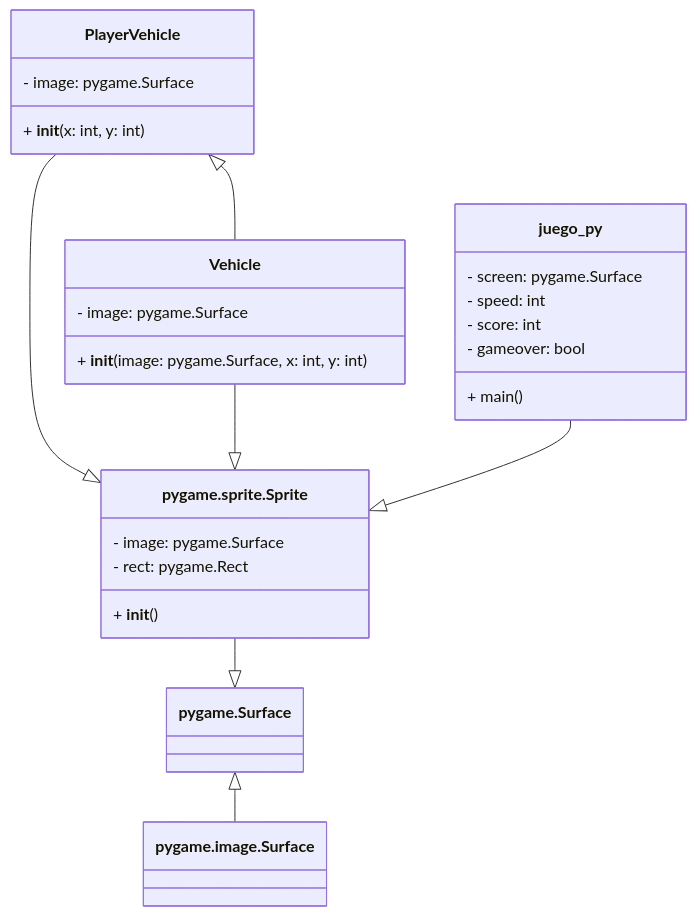
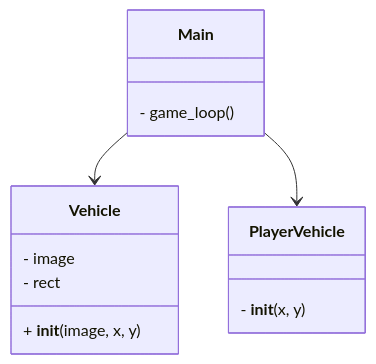
One commit to jony24a/python-car-game-main changed the second of 4 diagrams in README.md. Above: the diagram before and after it, drawn with Mermaid.

````diff
--- a/README.md
+++ b/README.md
@@ -33,32 +33,19 @@
 ```mermaid
 classDiagram
+    class Vehicle {
+        - image
+        - rect
+        + __init__(image, x, y)
+    }
     class PlayerVehicle {
-        - image: pygame.Surface
-        + __init__(x: int, y: int)
+        - __init__(x, y)
     }
-    class Vehicle {
-        - image: pygame.Surface
-        + __init__(image: pygame.Surface, x: int, y: int)
-    }
-    class juego_py {
-        - screen: pygame.Surface
-        - speed: int
-        - score: int
-        - gameover: bool
-        + main()
-    }
-    class pygame.Surface
-    class pygame.image.Surface
-    class pygame.sprite.Sprite {
-        - image: pygame.Surface
-        - rect: pygame.Rect
-        + __init__()
+    class Main {
+        - game_loop()
     }
 
-    PlayerVehicle <|-- Vehicle
-    PlayerVehicle --|> pygame.sprite.Sprite
-    Vehicle --|> pygame.sprite.Sprite
-    juego_py --|> pygame.sprite.Sprite
-    pygame.sprite.Sprite --|> pygame.Surface
-    pygame.Surface <|-- pygame.image.Surface
+    Main --> Vehicle
+    Main --> PlayerVehicle
+
+
 ```
````
